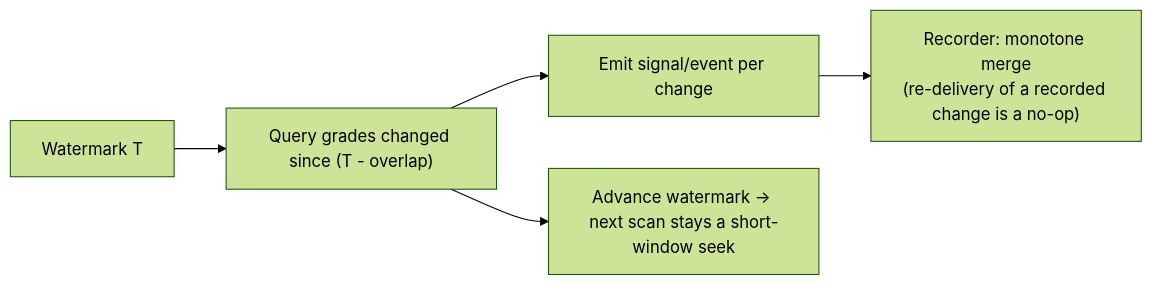
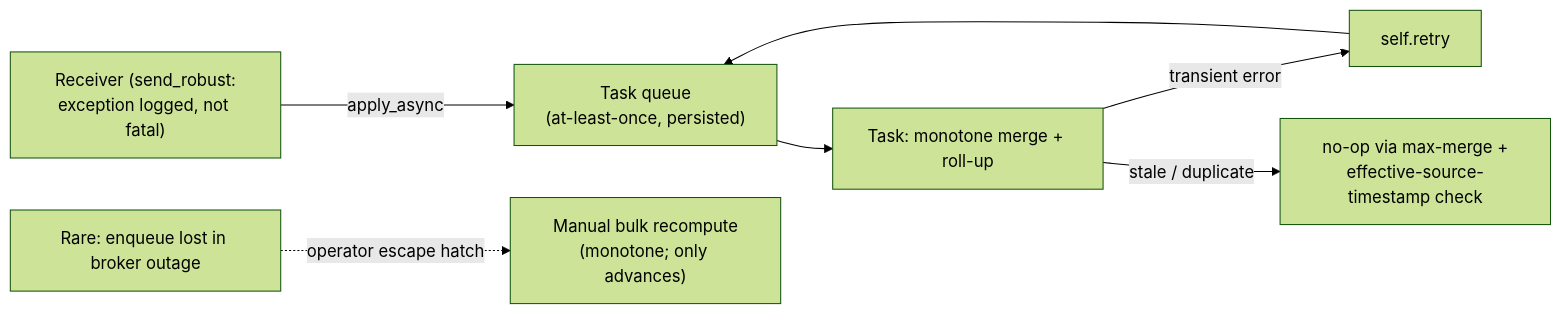
One commit to jesperhodge/openedx-core changed the third of 3 diagrams in docs/openedx_learning/decisions/0004-competency-mastery-concurrency-diagrams.md. Above: the diagram before and after it, drawn with Mermaid (forest theme). The commit also changed other lines of this file and 1 other file, not shown here.

````diff
--- a/docs/openedx_learning/decisions/0004-competency-mastery-concurrency-diagrams.md
+++ b/docs/openedx_learning/decisions/0004-competency-mastery-concurrency-diagrams.md
@@ -64,7 +67,9 @@
 ```mermaid
 flowchart LR
-    WM["Watermark T"] --> SCAN["Query grades changed since (T - overlap)"]
-    SCAN --> EMIT["Emit signal/event per change"]
-    EMIT --> MERGE["Recorder: monotone merge<br/>(re-delivery of a recorded change is a no-op)"]
-    SCAN --> ADV["Advance watermark → next scan stays a short-window seek"]
+    RCV["Receiver (send_robust:<br/>exception logged, not fatal)"] -->|"apply_async"| Q["Task queue<br/>(at-least-once, persisted)"]
+    Q --> TASK["Task: monotone merge + roll-up"]
+    TASK -->|"transient error"| RETRY["self.retry"]
+    RETRY --> Q
+    TASK -->|"stale / duplicate"| NOOP["no-op via max-merge +<br/>effective-source-timestamp check"]
+    BROKER["Rare: enqueue lost in broker outage"] -.->|"operator escape hatch"| CMD["Manual bulk recompute<br/>(monotone; only advances)"]
 ```
````
